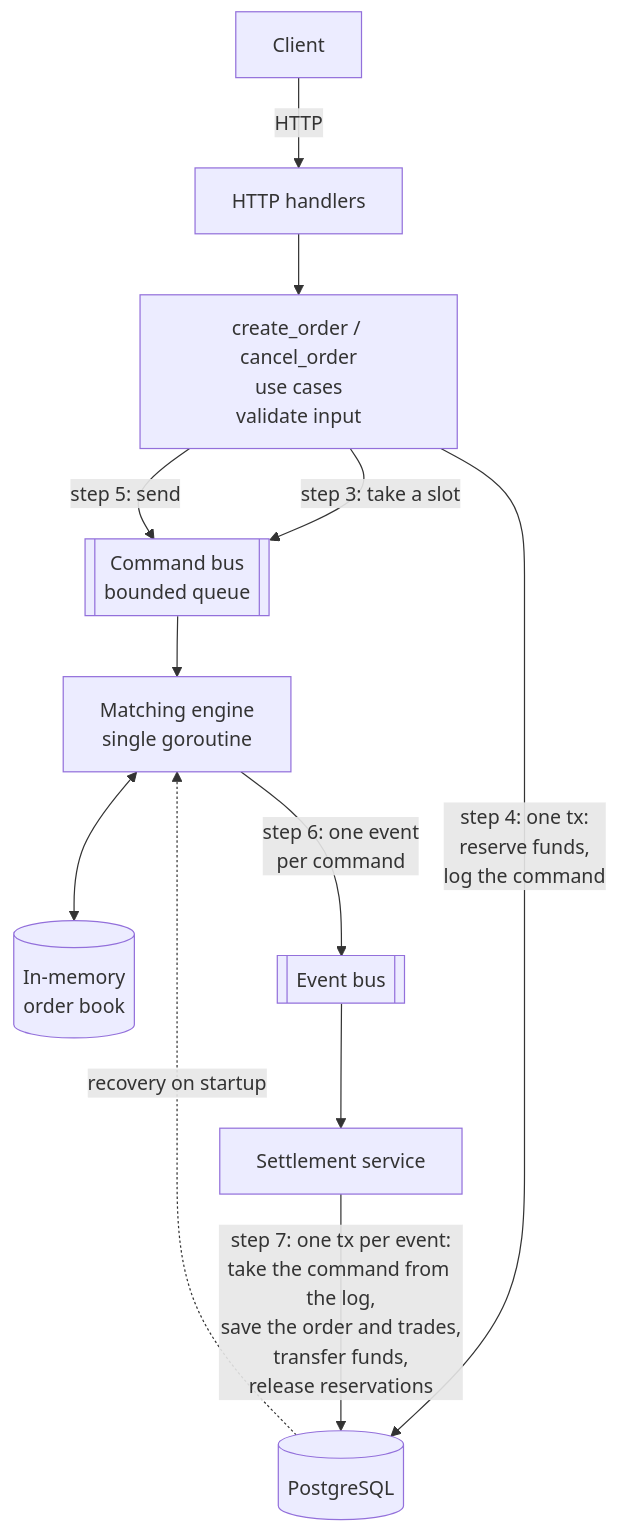
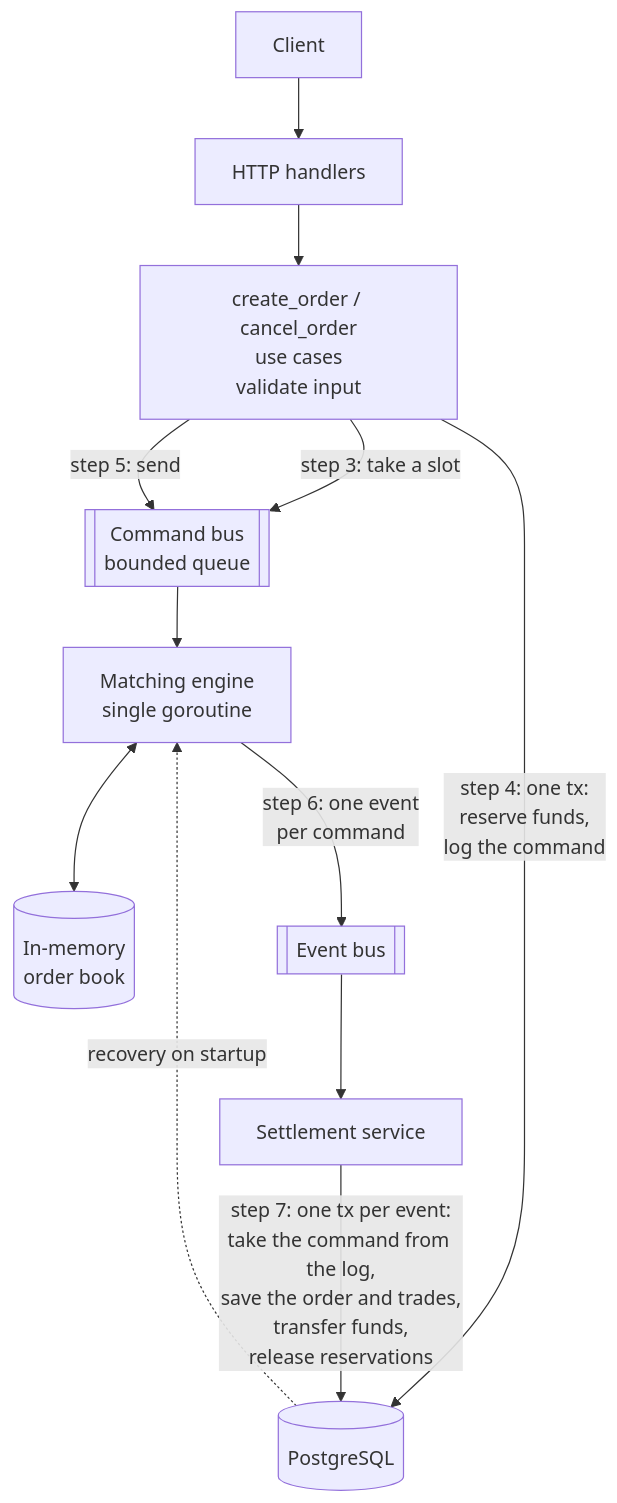
The diagram in README.md (Murlokich/Dixchange), drawn with Mermaid before and after one commit.

Commit message:
remove unnecessary label on diagram

````diff
--- a/README.md
+++ b/README.md
@@ -18,14 +18,14 @@
 ```mermaid
 flowchart TB
-    client[Client] -->|HTTP| handlers[HTTP handlers]
+    client[Client] --> handlers[HTTP handlers]
     handlers --> usecases[create_order / cancel_order<br/>use cases<br/>validate input]
     usecases -->|"step 3: take a slot"| commandBus[[Command bus<br/>bounded queue]]
     usecases -->|"step 4: one tx:<br/>reserve funds,<br/>log the command"| db[(PostgreSQL)]
     usecases -->|"step 5: send"| commandBus
     commandBus --> engine[Matching engine<br/>single goroutine]
     engine <--> book[(In-memory<br/>order book)]
     engine -->|"step 6: one event<br/>per command"| eventBus[[Event bus]]
     eventBus --> settlement[Settlement service]
     settlement -->|"step 7: one tx per event:<br/>take the command from the log,<br/>save the order and trades,<br/>transfer funds,<br/>release reservations"| db
     db -. recovery on startup .-> engine
 ```
````
